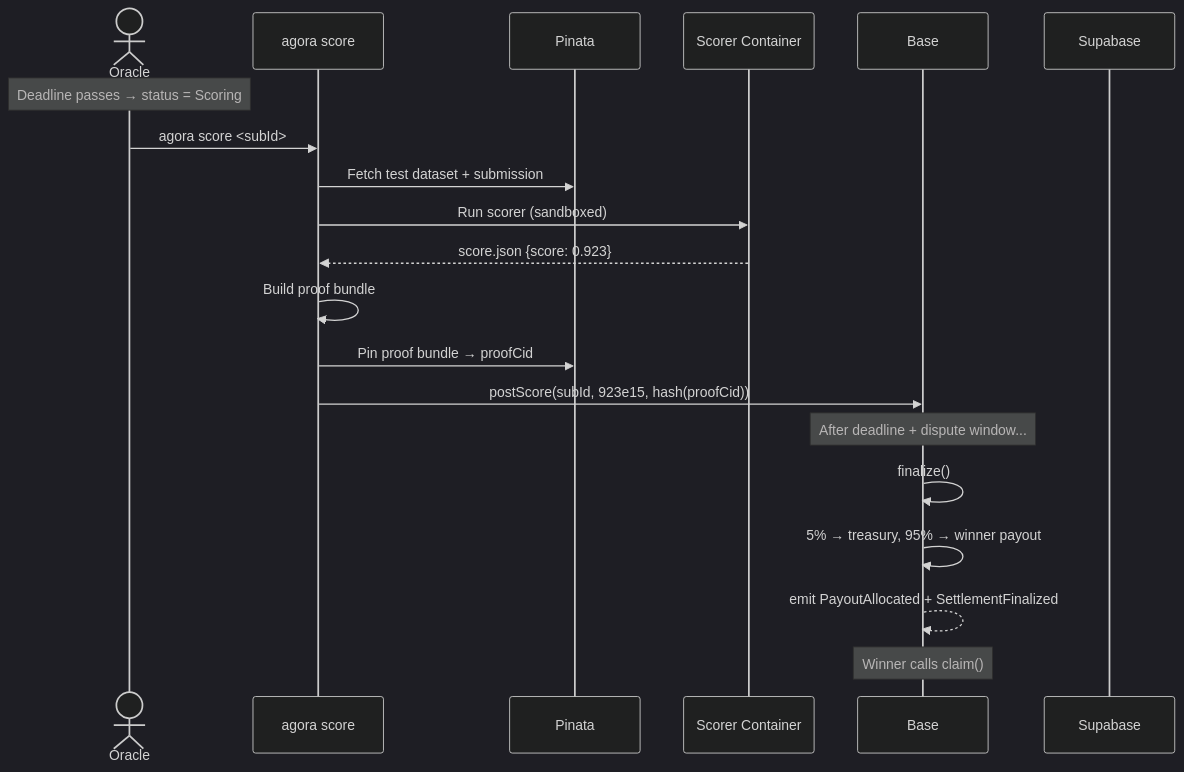
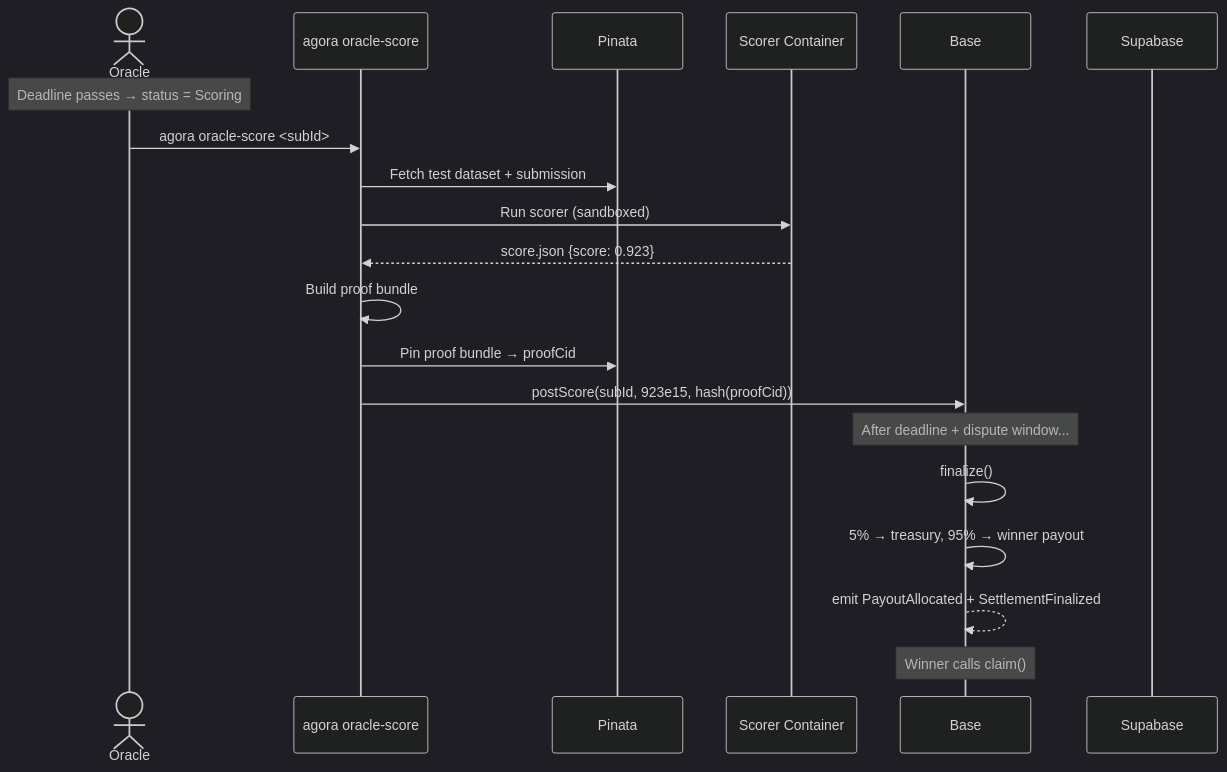
One commit to andymolecule/Hermes changed the eighth of 15 diagrams in docs/architecture.md. Above: the diagram before and after it, drawn with Mermaid (dark theme). The commit also changed 9 other files, not shown here.

Commit message:
docs: clarify preview and official scoring flows

````diff
--- a/docs/architecture.md
+++ b/docs/architecture.md
@@ -299,27 +299,27 @@
 ```mermaid
 sequenceDiagram
     actor Oracle
-    participant CLI as agora score
+    participant CLI as agora oracle-score
     participant IPFS as Pinata
     participant Docker as Scorer Container
     participant Chain as Base
     participant DB as Supabase
 
     Note over Oracle: Deadline passes → status = Scoring
 
-    Oracle->>CLI: agora score <subId>
+    Oracle->>CLI: agora oracle-score <subId>
     CLI->>IPFS: Fetch test dataset + submission
     CLI->>Docker: Run scorer (sandboxed)
     Docker-->>CLI: score.json {score: 0.923}
     CLI->>CLI: Build proof bundle
     CLI->>IPFS: Pin proof bundle → proofCid
     CLI->>Chain: postScore(subId, 923e15, hash(proofCid))
 
     Note over Chain: After deadline + dispute window...
 
     Chain->>Chain: finalize()
     Chain->>Chain: 5% → treasury, 95% → winner payout
     Chain-->>Chain: emit PayoutAllocated + SettlementFinalized
 
     Note over Chain: Winner calls claim()
 ```
````
